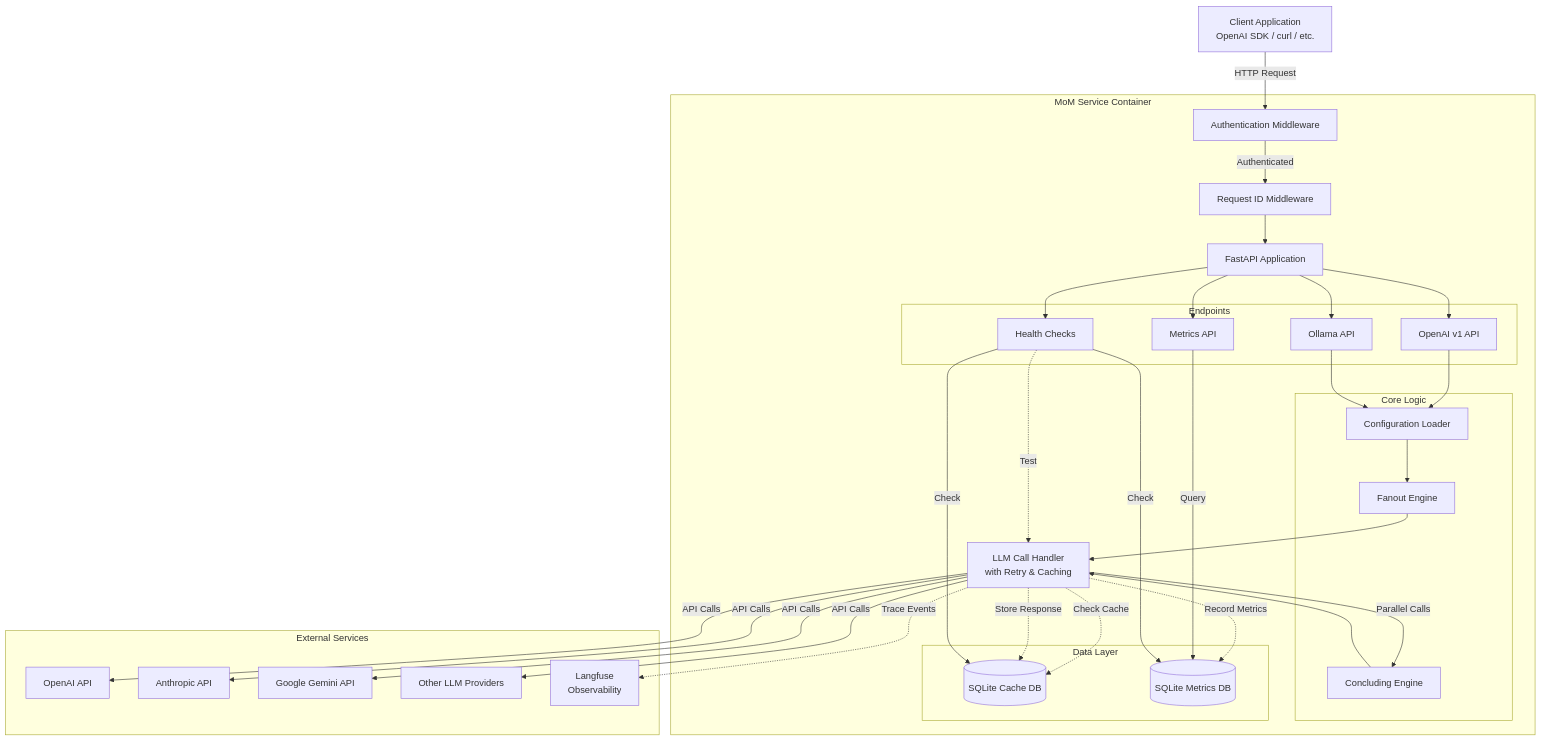
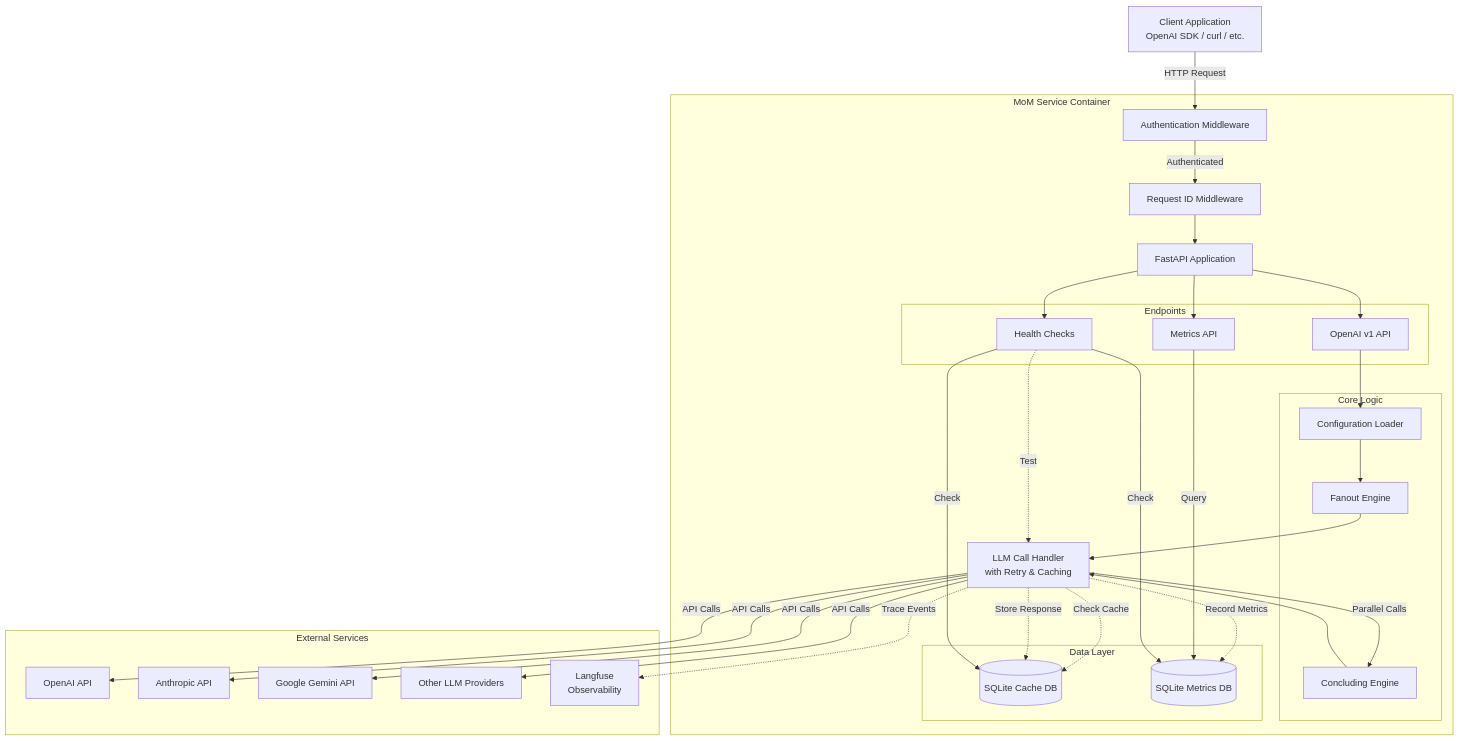
One commit to arashbehmand/mom-llm changed the first of 2 diagrams in ARCHITECTURE.md. Above: the diagram before and after it, drawn with Mermaid. The commit also changed other lines of this file and 3 other files, not shown here.

Commit message:
refactor: remove Ollama API support and related models from architecture and documentation

````diff
--- a/ARCHITECTURE.md
+++ b/ARCHITECTURE.md
@@ -7,70 +7,67 @@
 ```mermaid
 graph TB
     Client[Client Application<br/>OpenAI SDK / curl / etc.]
 
     subgraph "MoM Service Container"
         API[FastAPI Application]
         Auth[Authentication Middleware]
         ReqID[Request ID Middleware]
 
         subgraph "Endpoints"
             OpenAI[OpenAI v1 API]
-            Ollama[Ollama API]
             Metrics[Metrics API]
             Health[Health Checks]
         end
 
         subgraph "Core Logic"
             Config[Configuration Loader]
             Fanout[Fanout Engine]
             Concluding[Concluding Engine]
         end
 
         subgraph "Data Layer"
             Cache[(SQLite Cache DB)]
             MetricsDB[(SQLite Metrics DB)]
         end
 
         LLMCalls[LLM Call Handler<br/>with Retry & Caching]
     end
 
     subgraph "External Services"
         OpenAIAPI[OpenAI API]
         AnthropicAPI[Anthropic API]
         GoogleAPI[Google Gemini API]
         OtherLLMs[Other LLM Providers]
         Langfuse[Langfuse<br/>Observability]
     end
 
     Client -->|HTTP Request| Auth
     Auth -->|Authenticated| ReqID
     ReqID --> API
 
     API --> OpenAI
-    API --> Ollama
     API --> Metrics
     API --> Health
 
     OpenAI --> Config
-    Ollama --> Config
     Config --> Fanout
     Fanout --> LLMCalls
     LLMCalls -->|Parallel Calls| Concluding
     Concluding --> LLMCalls
 
     LLMCalls -.->|Check Cache| Cache
     LLMCalls -.->|Store Response| Cache
     LLMCalls -.->|Record Metrics| MetricsDB
 
     LLMCalls -->|API Calls| OpenAIAPI
     LLMCalls -->|API Calls| AnthropicAPI
     LLMCalls -->|API Calls| GoogleAPI
     LLMCalls -->|API Calls| OtherLLMs
 
     LLMCalls -.->|Trace Events| Langfuse
 
     Metrics -->|Query| MetricsDB
     Health -->|Check| Cache
     Health -->|Check| MetricsDB
     Health -.->|Test| LLMCalls
 ```
````
